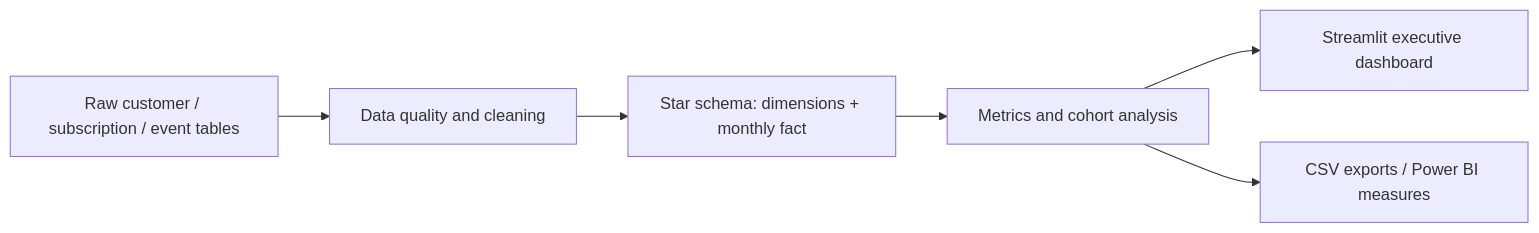
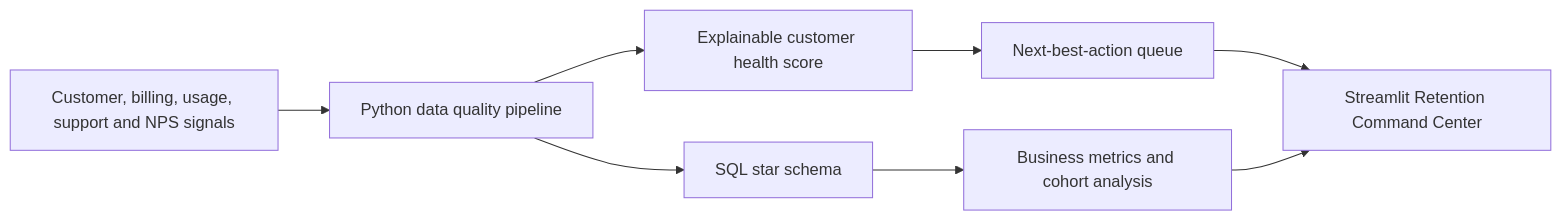
Before and after one commit to priyaprojects7/saas-churn-retention-dashboard: the diagram in README.md, drawn with Mermaid. The commit also changed other lines of this file and 5 other files, not shown here.

Commit message:
Add explainable retention command center and next-best-action scoring

````diff
--- a/README.md
+++ b/README.md
@@ -17,8 +35,10 @@
 ```mermaid
 flowchart LR
-  A[Raw customer / subscription / event tables] --> B[Data quality and cleaning]
-  B --> C[Star schema: dimensions + monthly fact]
-  C --> D[Metrics and cohort analysis]
-  D --> E[Streamlit executive dashboard]
-  D --> F[CSV exports / Power BI measures]
+  A[Customer, billing, usage, support and NPS signals] --> B[Python data quality pipeline]
+  B --> C[SQL star schema]
+  B --> D[Explainable customer health score]
+  D --> E[Next-best-action queue]
+  C --> F[Business metrics and cohort analysis]
+  E --> G[Streamlit Retention Command Center]
+  F --> G
 ```
````
